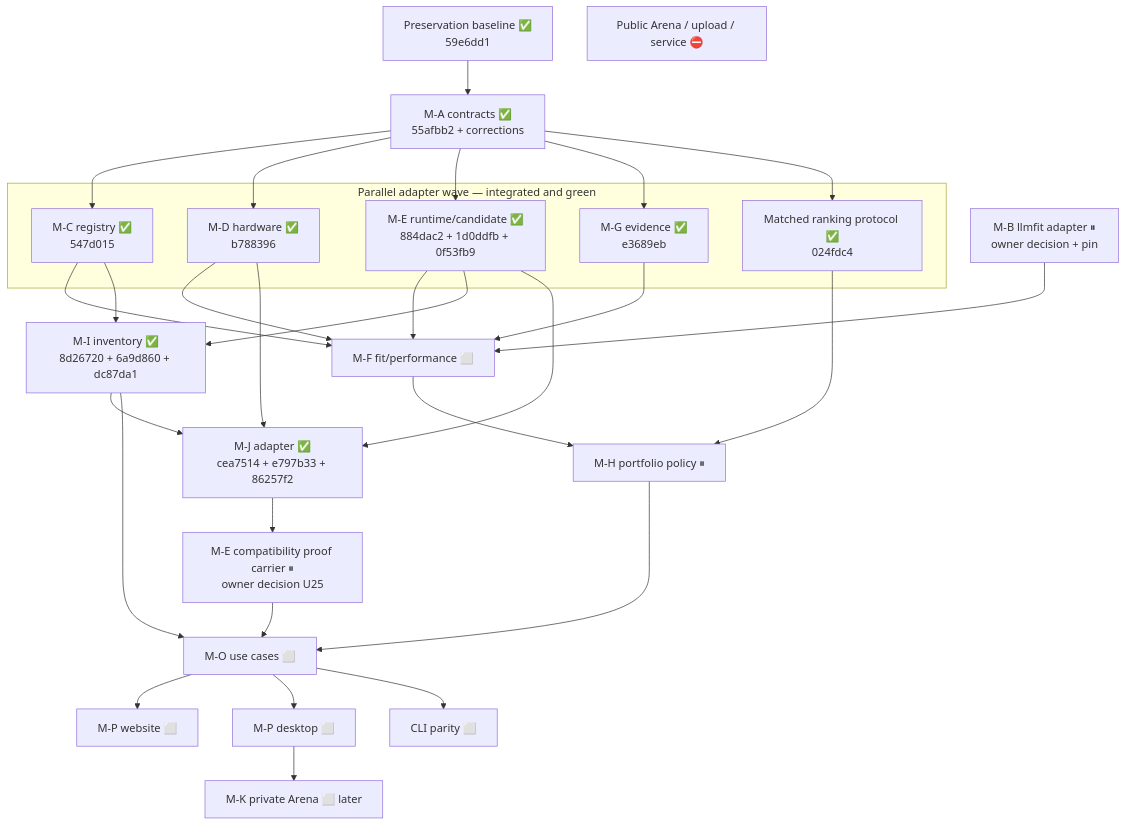
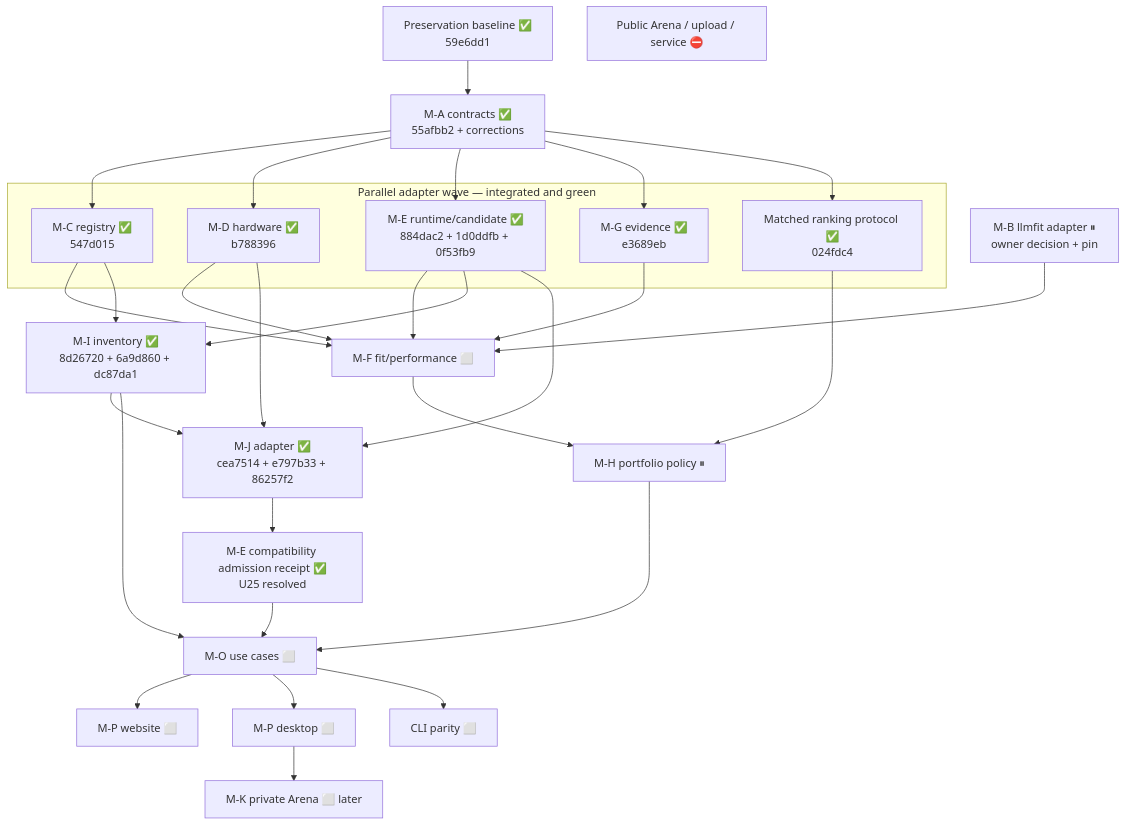
The second of 2 diagrams in docs/system-build-assembler.md (chinmayi-r/localarcade), drawn with Mermaid before and after one commit. The commit also changed other lines of this file and 22 other files, not shown here.

Commit message:
feat: bind verification to compatibility admission

````diff
--- a/docs/system-build-assembler.md
+++ b/docs/system-build-assembler.md
@@ -148,43 +148,43 @@
 ```mermaid
 flowchart TB
   BASE["Preservation baseline ✅\n59e6dd1"] --> MA["M-A contracts ✅\n55afbb2 + corrections"]
 
   subgraph W1["Parallel adapter wave — integrated and green"]
     MC["M-C registry ✅\n547d015"]
     MD["M-D hardware ✅\nb788396"]
     ME["M-E runtime/candidate ✅\n884dac2 + 1d0ddfb + 0f53fb9"]
     MG["M-G evidence ✅\ne3689eb"]
     PROTO["Matched ranking protocol ✅\n024fdc4"]
   end
 
   MA --> MC
   MA --> MD
   MA --> ME
   MA --> MG
   MA --> PROTO
 
   MB["M-B llmfit adapter ⏸\nowner decision + pin"]
   MC --> MF["M-F fit/performance ⬜"]
   MD --> MF
   ME --> MF
   MG --> MF
   MB --> MF
 
   MC --> MI["M-I inventory ✅\n8d26720 + 6a9d860 + dc87da1"]
   ME --> MI
   MD --> MJ["M-J adapter ✅\ncea7514 + e797b33 + 86257f2"]
   ME --> MJ
   MI --> MJ
 
   MF --> MH["M-H portfolio policy ⏸"]
   PROTO --> MH
   MH --> MO["M-O use cases ⬜"]
   MI --> MO
-  MJ --> PROOF["M-E compatibility proof carrier ⏸\nowner decision U25"]
+  MJ --> PROOF["M-E compatibility admission receipt ✅\nU25 resolved"]
   PROOF --> MO
   MO --> WEB["M-P website ⬜"]
   MO --> DESK["M-P desktop ⬜"]
   MO --> CLI["CLI parity ⬜"]
   DESK --> ARENA["M-K private Arena ⬜ later"]
   PUBLIC["Public Arena / upload / service ⛔"]
 ```
````
